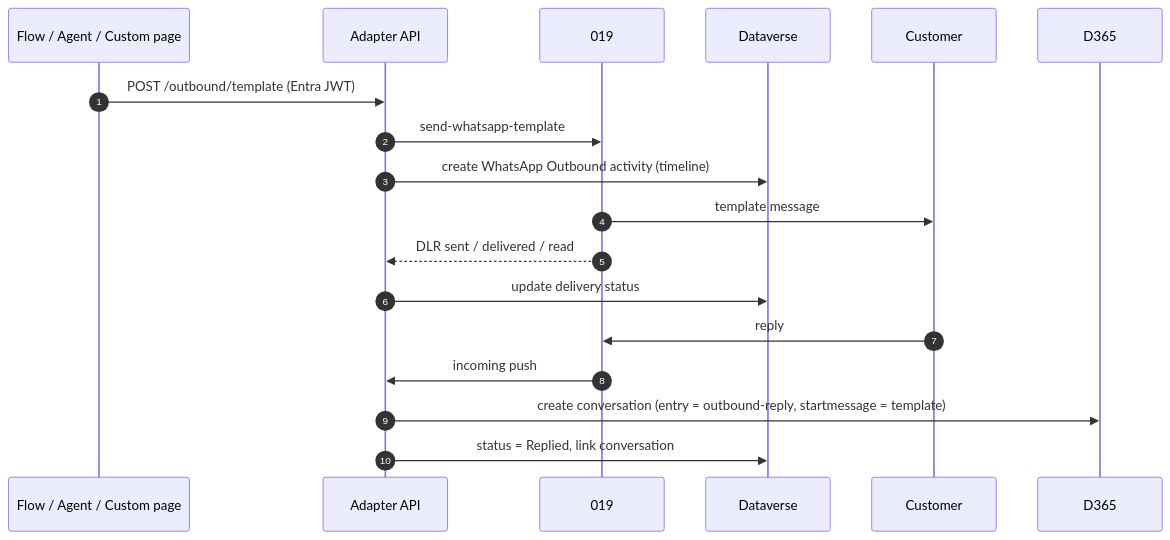
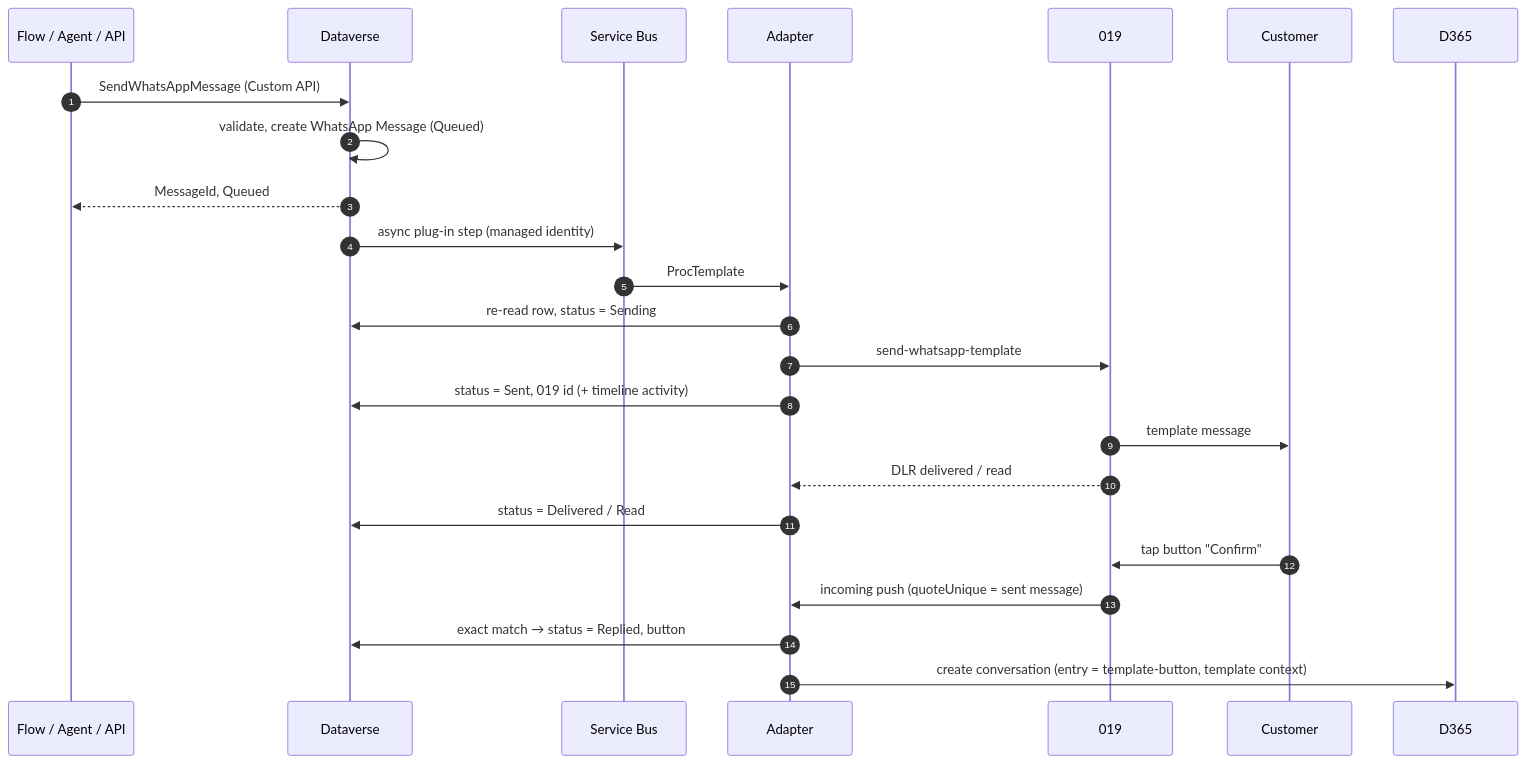
The fourth of 4 diagrams in docs/architecture.md (alexander-you/d365-contact-center-019-whatsapp-channel), drawn with Mermaid before and after one commit. The commit also changed other lines of this file and 38 other files, not shown here.

First line of the commit message:
Outbound messaging via Dataverse elastic table and Custom APIs

````diff
--- a/docs/architecture.md
+++ b/docs/architecture.md
@@ -142,20 +148,26 @@
 ```mermaid
 sequenceDiagram
     autonumber
-    participant F as Flow / Agent / Custom page
-    participant A as Adapter API
+    participant F as Flow / Agent / API
+    participant DV as Dataverse
+    participant SB as Service Bus
+    participant A as Adapter
     participant O as 019
-    participant DV as Dataverse
     participant C as Customer
     participant D as D365
-    F->>A: POST /outbound/template (Entra JWT)
+    F->>DV: SendWhatsAppMessage (Custom API)
+    DV->>DV: validate, create WhatsApp Message (Queued)
+    DV-->>F: MessageId, Queued
+    DV->>SB: async plug-in step (managed identity)
+    SB->>A: ProcTemplate
+    A->>DV: re-read row, status = Sending
     A->>O: send-whatsapp-template
-    A->>DV: create WhatsApp Outbound activity (timeline)
+    A->>DV: status = Sent, 019 id (+ timeline activity)
     O->>C: template message
-    O-->>A: DLR sent / delivered / read
-    A->>DV: update delivery status
-    C->>O: reply
-    O->>A: incoming push
-    A->>D: create conversation (entry = outbound-reply, startmessage = template)
-    A->>DV: status = Replied, link conversation
+    O-->>A: DLR delivered / read
+    A->>DV: status = Delivered / Read
+    C->>O: tap button "Confirm"
+    O->>A: incoming push (quoteUnique = sent message)
+    A->>DV: exact match → status = Replied, button
+    A->>D: create conversation (entry = template-button, template context)
 ```
````
